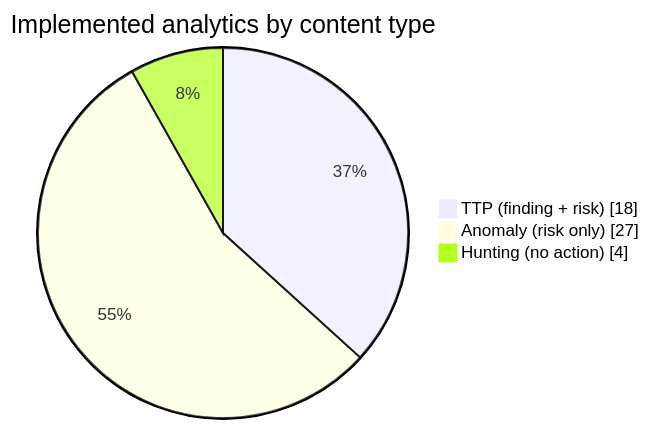
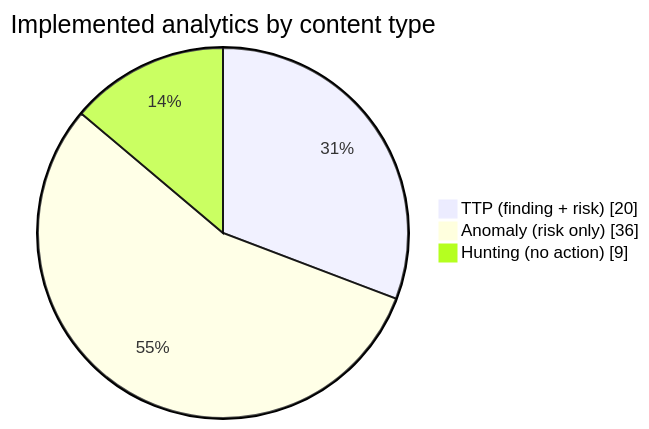
The first of 2 diagrams in docs/analytics/README.md (dev-nobytes-io/mitre-defensive-mappings-spl), drawn with Mermaid before and after one commit. The commit also changed other lines of this file and 59 other files, not shown here.

````diff
--- a/docs/analytics/README.md
+++ b/docs/analytics/README.md
@@ -5,7 +5,7 @@
 ```mermaid
 pie showData
     title Implemented analytics by content type
-    "TTP (finding + risk)" : 18
-    "Anomaly (risk only)" : 27
-    "Hunting (no action)" : 4
+    "TTP (finding + risk)" : 20
+    "Anomaly (risk only)" : 36
+    "Hunting (no action)" : 9
 ```
````
